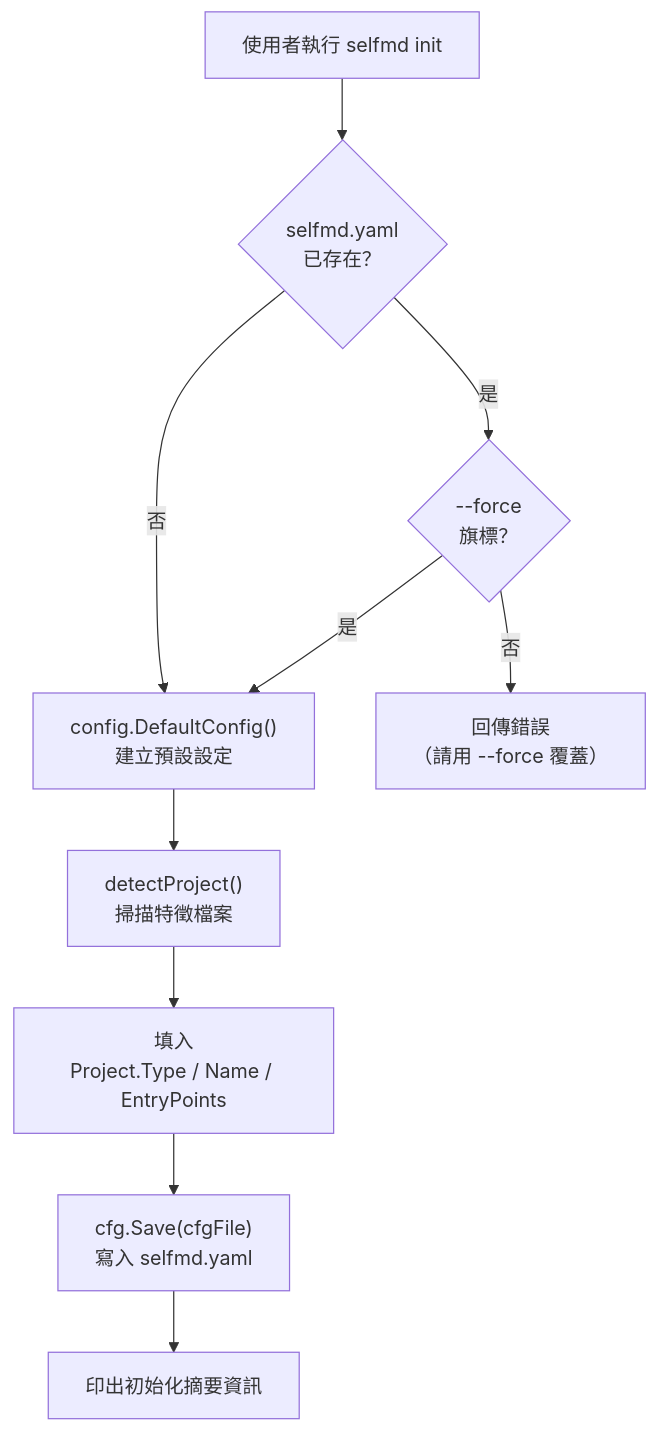
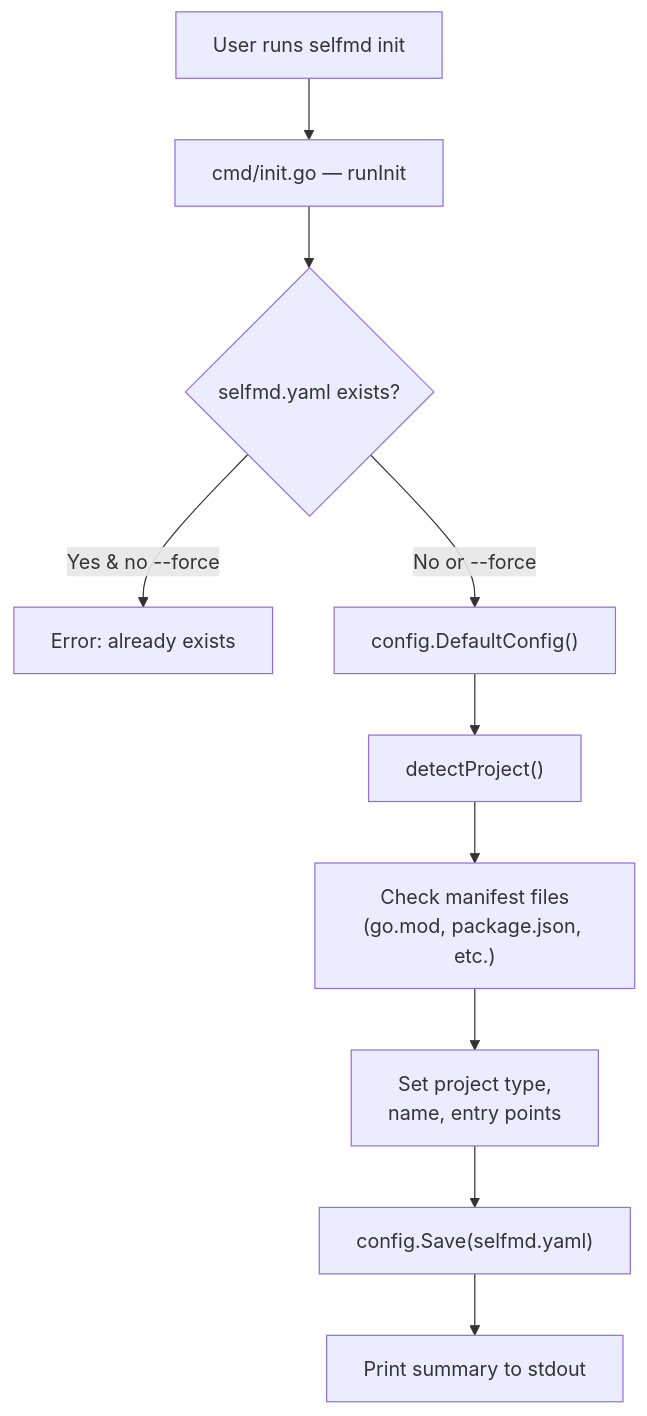
The first of 2 diagrams in docs/getting-started/init/index.md (monkenWu/selfmd-claude-code), drawn with Mermaid before and after one commit. The commit also changed other lines of this file and 145 other files, not shown here.

````diff
--- a/docs/getting-started/init/index.md
+++ b/docs/getting-started/init/index.md
@@ -18,22 +19,12 @@
 ```mermaid
 flowchart TD
-    User["使用者執行 selfmd init"]
-    CheckExist{"selfmd.yaml\n已存在？"}
-    ForceFlag{"--force\n旗標？"}
-    Error["回傳錯誤\n（請用 --force 覆蓋）"]
-    DefaultCfg["config.DefaultConfig()\n建立預設設定"]
-    Detect["detectProject()\n掃描特徵檔案"]
-    SetFields["填入\nProject.Type / Name / EntryPoints"]
-    Save["cfg.Save(cfgFile)\n寫入 selfmd.yaml"]
-    Print["印出初始化摘要資訊"]
-
-    User --> CheckExist
-    CheckExist -- 否 --> DefaultCfg
-    CheckExist -- 是 --> ForceFlag
-    ForceFlag -- 是 --> DefaultCfg
-    ForceFlag -- 否 --> Error
-    DefaultCfg --> Detect
-    Detect --> SetFields
-    SetFields --> Save
-    Save --> Print
+    User["User runs selfmd init"] --> InitCmd["cmd/init.go — runInit"]
+    InitCmd --> CheckExist{"selfmd.yaml exists?"}
+    CheckExist -- "Yes & no --force" --> Err["Error: already exists"]
+    CheckExist -- "No or --force" --> DefaultCfg["config.DefaultConfig()"]
+    DefaultCfg --> Detect["detectProject()"]
+    Detect --> ScanFiles["Check manifest files\n(go.mod, package.json, etc.)"]
+    ScanFiles --> SetFields["Set project type,\nname, entry points"]
+    SetFields --> Save["config.Save(selfmd.yaml)"]
+    Save --> Output["Print summary to stdout"]
 ```
````
